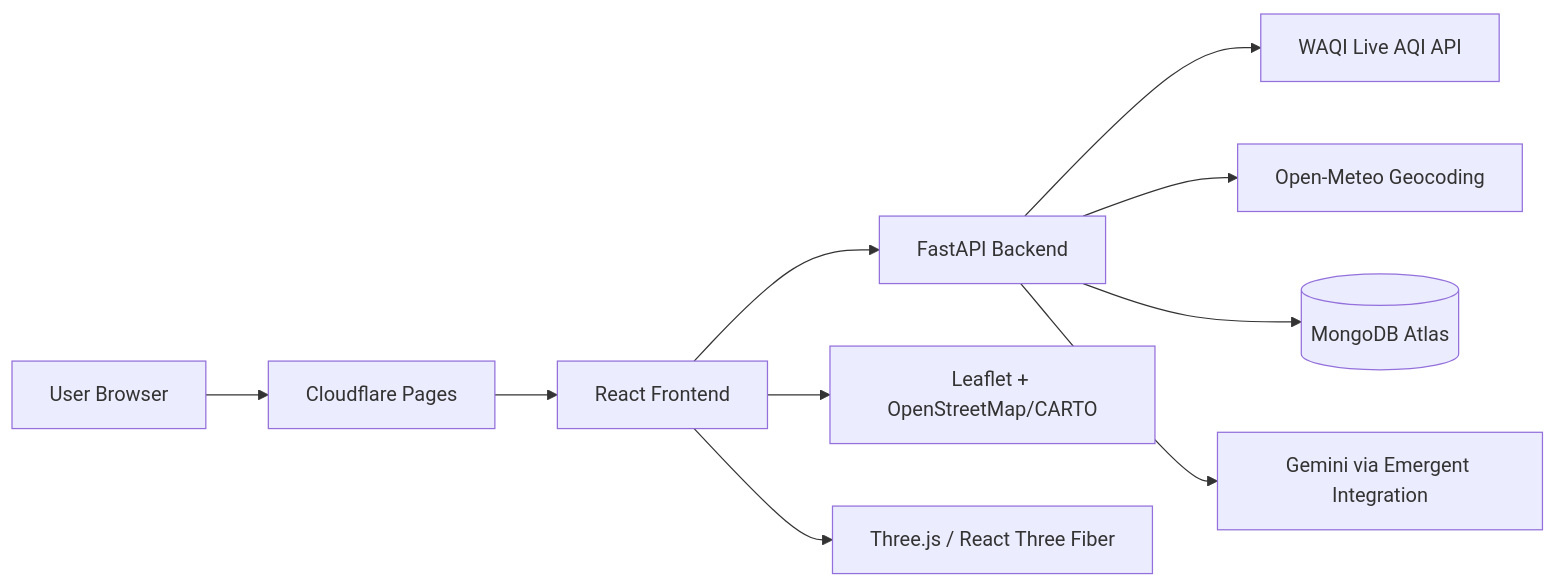
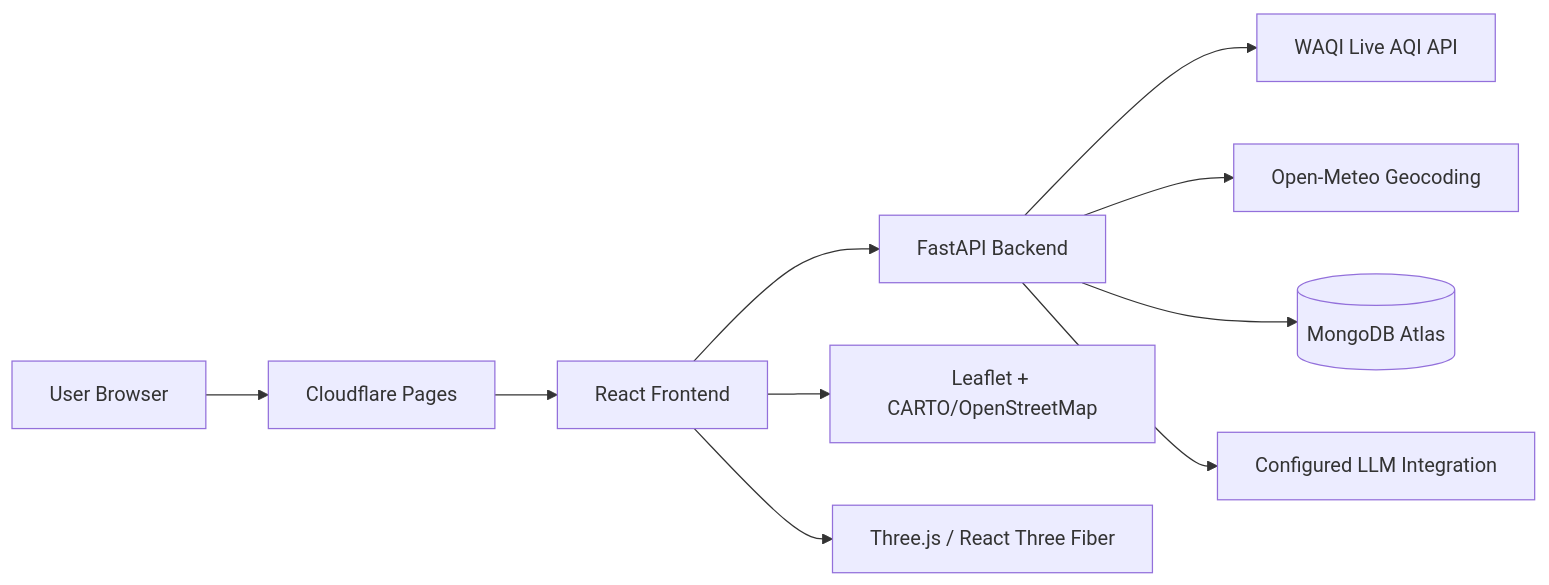
One commit to pranavreddy1721/oxyzen changed the diagram in README.md. Above: the diagram before and after it, drawn with Mermaid. The commit also changed other lines of this file, not shown here.

Commit message:
Update README for live WAQI API architecture and AQI normalization

````diff
--- a/README.md
+++ b/README.md
@@ -270,12 +290,12 @@
 ```mermaid
 flowchart LR
     U[User Browser] --> CF[Cloudflare Pages]
     CF --> FE[React Frontend]
     FE --> API[FastAPI Backend]
     API --> WAQI[WAQI Live AQI API]
     API --> GEO[Open-Meteo Geocoding]
     API --> DB[(MongoDB Atlas)]
-    API --> AI[Gemini via Emergent Integration]
-    FE --> MAP[Leaflet + OpenStreetMap/CARTO]
+    API --> AI[Configured LLM Integration]
+    FE --> MAP[Leaflet + CARTO/OpenStreetMap]
     FE --> GLOBE[Three.js / React Three Fiber]
 ```
````
